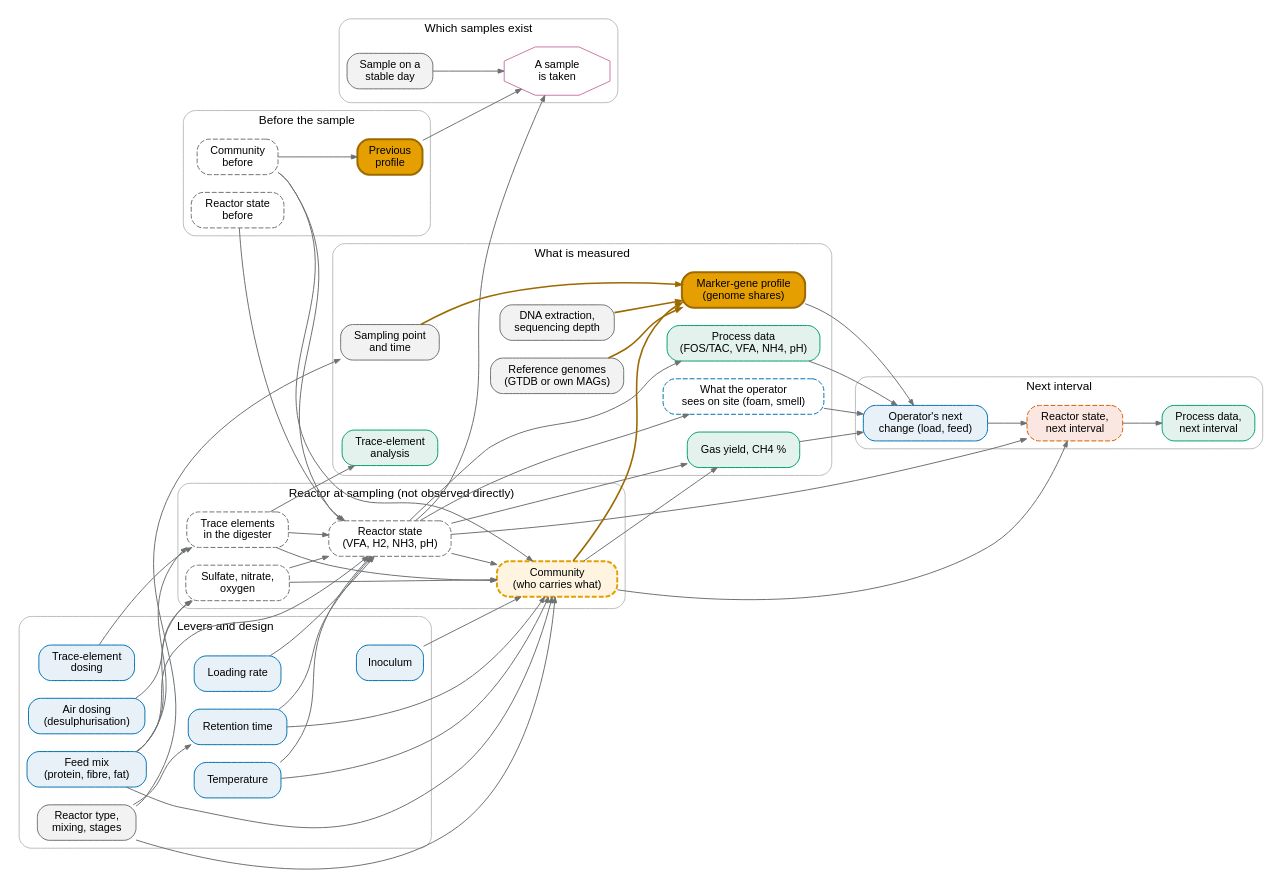
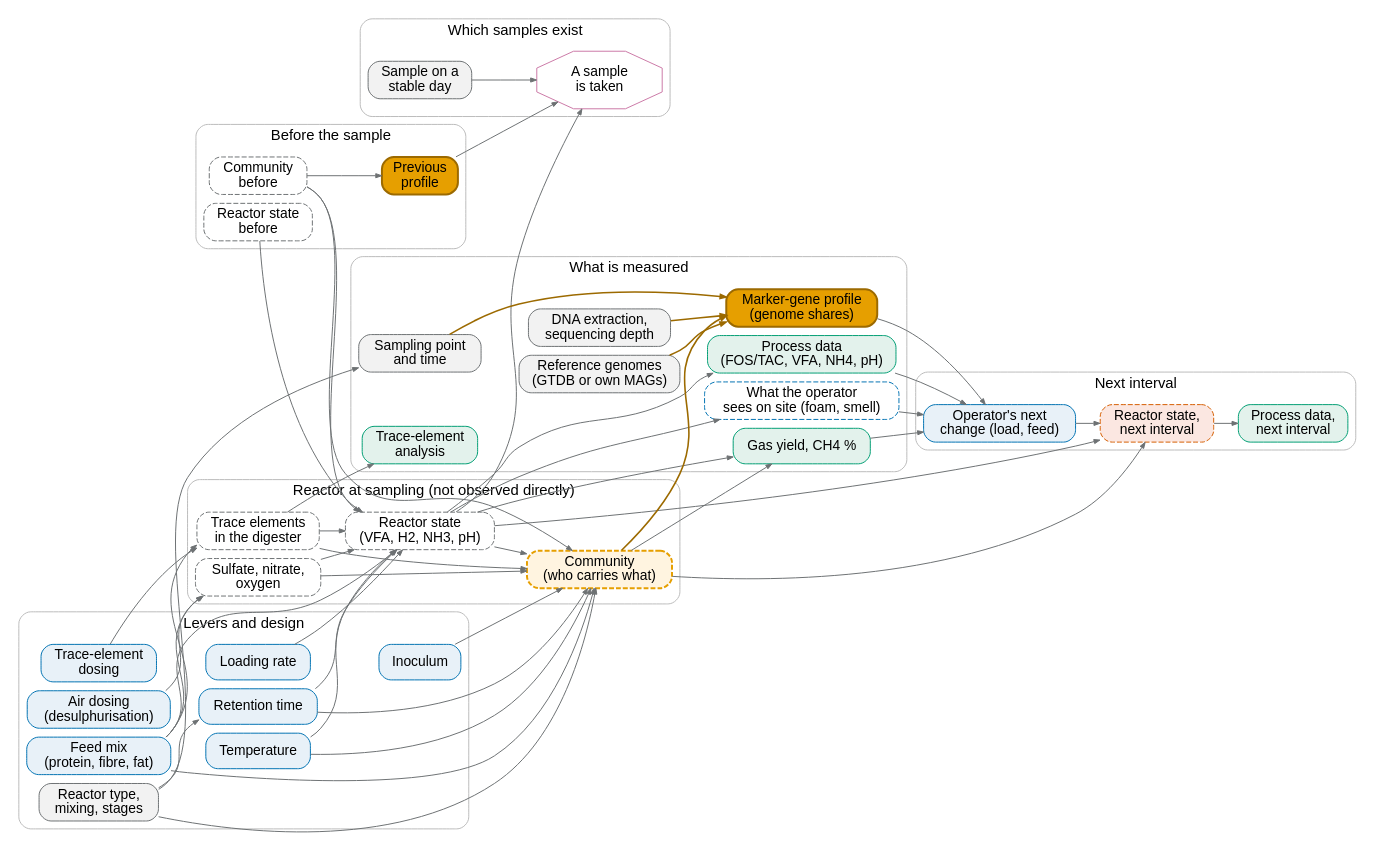
One commit to tpall/digestome changed the diagram in manuscript/dag/dag.dot. Above: the diagram before and after it, drawn with Graphviz. The commit also changed 5 other files, not shown here.

First line of the commit message:
Figure 4 legible in the PDF: larger labels, tighter layout, turned 90 degrees on its own page

```diff
--- a/manuscript/dag/dag.dot
+++ b/manuscript/dag/dag.dot
@@ -1,89 +1,89 @@
 digraph G {
-  rankdir=LR; newrank=true; nodesep=0.25; ranksep=0.55;
-  node [shape=box, style="rounded,filled", fontname="Helvetica", fontsize=11, margin="0.12,0.06"];
+  rankdir=LR; newrank=true; nodesep=0.12; ranksep=0.35;
+  node [shape=box, style="rounded,filled", fontname="Helvetica", fontsize=14, margin="0.12,0.06"];
   edge [color="#6D7173", arrowsize=0.6];
-  subgraph cluster_1 { label="Before the sample"; fontname="Helvetica"; fontsize=12; color="#BBBBBB"; style="rounded";
+  subgraph cluster_1 { label="Before the sample"; fontname="Helvetica"; fontsize=15; color="#BBBBBB"; style="rounded";
   state_0 [label="Reactor state\nbefore", fillcolor="#FFFFFF", color="#6D7173", style="rounded,dashed,filled"];
   comm_0 [label="Community\nbefore", fillcolor="#FFFFFF", color="#6D7173", style="rounded,dashed,filled"];
   dna_0 [label="Previous\nprofile", fillcolor="#E69F00", color="#9C6A00", fontcolor="#000000", penwidth=2];
   }
-  subgraph cluster_2 { label="Levers and design"; fontname="Helvetica"; fontsize=12; color="#BBBBBB"; style="rounded";
+  subgraph cluster_2 { label="Levers and design"; fontname="Helvetica"; fontsize=15; color="#BBBBBB"; style="rounded";
   feed [label="Feed mix\n(protein, fibre, fat)", fillcolor="#E8F1F8", color="#0072B2"];
   olr [label="Loading rate", fillcolor="#E8F1F8", color="#0072B2"];
   hrt [label="Retention time", fillcolor="#E8F1F8", color="#0072B2"];
   temp [label="Temperature", fillcolor="#E8F1F8", color="#0072B2"];
   te_dose [label="Trace-element\ndosing", fillcolor="#E8F1F8", color="#0072B2"];
   inoc [label="Inoculum", fillcolor="#E8F1F8", color="#0072B2"];
   air [label="Air dosing\n(desulphurisation)", fillcolor="#E8F1F8", color="#0072B2"];
   reactor [label="Reactor type,\nmixing, stages", fillcolor="#F2F2F2", color="#6D7173"];
   }
-  subgraph cluster_3 { label="Reactor at sampling (not observed directly)"; fontname="Helvetica"; fontsize=12; color="#BBBBBB"; style="rounded";
+  subgraph cluster_3 { label="Reactor at sampling (not observed directly)"; fontname="Helvetica"; fontsize=15; color="#BBBBBB"; style="rounded";
   te [label="Trace elements\nin the digester", fillcolor="#FFFFFF", color="#6D7173", style="rounded,dashed,filled"];
   acceptor [label="Sulfate, nitrate,\noxygen", fillcolor="#FFFFFF", color="#6D7173", style="rounded,dashed,filled"];
   state [label="Reactor state\n(VFA, H2, NH3, pH)", fillcolor="#FFFFFF", color="#6D7173", style="rounded,dashed,filled"];
   comm [label="Community\n(who carries what)", fillcolor="#FFF4E0", color="#E69F00", style="rounded,dashed,filled", penwidth=2];
   }
-  subgraph cluster_4 { label="What is measured"; fontname="Helvetica"; fontsize=12; color="#BBBBBB"; style="rounded";
+  subgraph cluster_4 { label="What is measured"; fontname="Helvetica"; fontsize=15; color="#BBBBBB"; style="rounded";
   sampling [label="Sampling point\nand time", fillcolor="#F2F2F2", color="#6D7173"];
   extract [label="DNA extraction,\nsequencing depth", fillcolor="#F2F2F2", color="#6D7173"];
   ref [label="Reference genomes\n(GTDB or own MAGs)", fillcolor="#F2F2F2", color="#6D7173"];
   dna [label="Marker-gene profile\n(genome shares)", fillcolor="#E69F00", color="#9C6A00", fontcolor="#000000", penwidth=2];
   proc [label="Process data\n(FOS/TAC, VFA, NH4, pH)", fillcolor="#E3F2EC", color="#009E73"];
   te_meas [label="Trace-element\nanalysis", fillcolor="#E3F2EC", color="#009E73"];
   gas [label="Gas yield, CH4 %", fillcolor="#E3F2EC", color="#009E73"];
   cue [label="What the operator\nsees on site (foam, smell)", fillcolor="#FFFFFF", color="#0072B2", style="rounded,dashed,filled"];
   }
-  subgraph cluster_5 { label="Which samples exist"; fontname="Helvetica"; fontsize=12; color="#BBBBBB"; style="rounded";
+  subgraph cluster_5 { label="Which samples exist"; fontname="Helvetica"; fontsize=15; color="#BBBBBB"; style="rounded";
   goodday [label="Sample on a\nstable day", fillcolor="#F2F2F2", color="#6D7173"];
   sampled [label="A sample\nis taken", fillcolor="#FFFFFF", color="#CC79A7", shape=octagon, style="filled"];
   }
-  subgraph cluster_6 { label="Next interval"; fontname="Helvetica"; fontsize=12; color="#BBBBBB"; style="rounded";
+  subgraph cluster_6 { label="Next interval"; fontname="Helvetica"; fontsize=15; color="#BBBBBB"; style="rounded";
   decision [label="Operator's next\nchange (load, feed)", fillcolor="#E8F1F8", color="#0072B2"];
   state_1 [label="Reactor state,\nnext interval", fillcolor="#FBE7E1", color="#D55E00", style="rounded,dashed,filled"];
   proc_1 [label="Process data,\nnext interval", fillcolor="#E3F2EC", color="#009E73"];
   }
   feed -> state;
   olr -> state;
   hrt -> state;
   temp -> state;
   te -> state;
   acceptor -> state;
   state_0 -> state;
   comm_0 -> state;
   feed -> te;
   te_dose -> te;
   feed -> acceptor;
   air -> acceptor;
   comm_0 -> comm;
   feed -> comm;
   state -> comm;
   temp -> comm;
   hrt -> comm;
   te -> comm;
   acceptor -> comm;
   inoc -> comm;
   reactor -> hrt;
   reactor -> comm;
   reactor -> sampling;
   comm -> dna [color="#9C6A00", penwidth=1.6];
   sampling -> dna [color="#9C6A00", penwidth=1.6];
   extract -> dna [color="#9C6A00", penwidth=1.6];
   ref -> dna [color="#9C6A00", penwidth=1.6];
   state -> proc;
   te -> te_meas;
   comm -> gas;
   state -> gas;
   proc -> decision;
   dna -> decision;
   gas -> decision;
   state -> cue;
   cue -> decision;
   state -> sampled;
   goodday -> sampled;
   dna_0 -> sampled;
   comm_0 -> dna_0;
   state_1 -> proc_1;
   state -> state_1;
   comm -> state_1;
   decision -> state_1;
 }
```
